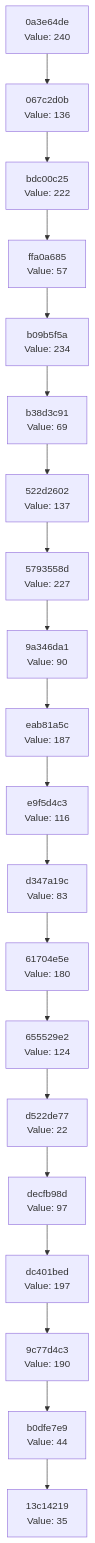
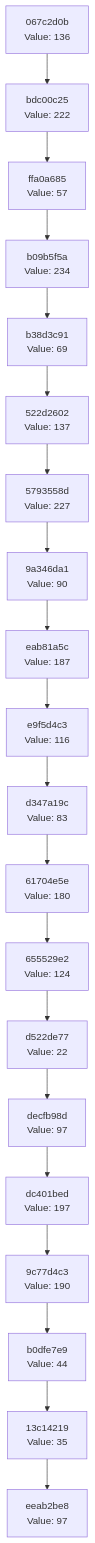
The diagram in docs/CHAIN_VISUALIZATION.md (Abhisheksinha1506/hash-chain-evolver), drawn with Mermaid before and after one commit. The commit also changed 2 other files, not shown here.

Commit message:
Evolution Step

````diff
--- a/docs/CHAIN_VISUALIZATION.md
+++ b/docs/CHAIN_VISUALIZATION.md
@@ -3,42 +3,42 @@
 ```mermaid
 graph TD
-    C0["13c14219<br/>Value: 35"]
-    C1["b0dfe7e9<br/>Value: 44"]
+    C0["eeab2be8<br/>Value: 97"]
+    C1["13c14219<br/>Value: 35"]
     C1 --> C0
-    C2["9c77d4c3<br/>Value: 190"]
+    C2["b0dfe7e9<br/>Value: 44"]
     C2 --> C1
-    C3["dc401bed<br/>Value: 197"]
+    C3["9c77d4c3<br/>Value: 190"]
     C3 --> C2
-    C4["decfb98d<br/>Value: 97"]
+    C4["dc401bed<br/>Value: 197"]
     C4 --> C3
-    C5["d522de77<br/>Value: 22"]
+    C5["decfb98d<br/>Value: 97"]
     C5 --> C4
-    C6["655529e2<br/>Value: 124"]
+    C6["d522de77<br/>Value: 22"]
     C6 --> C5
-    C7["61704e5e<br/>Value: 180"]
+    C7["655529e2<br/>Value: 124"]
     C7 --> C6
-    C8["d347a19c<br/>Value: 83"]
+    C8["61704e5e<br/>Value: 180"]
     C8 --> C7
-    C9["e9f5d4c3<br/>Value: 116"]
+    C9["d347a19c<br/>Value: 83"]
     C9 --> C8
-    C10["eab81a5c<br/>Value: 187"]
+    C10["e9f5d4c3<br/>Value: 116"]
     C10 --> C9
-    C11["9a346da1<br/>Value: 90"]
+    C11["eab81a5c<br/>Value: 187"]
     C11 --> C10
-    C12["5793558d<br/>Value: 227"]
+    C12["9a346da1<br/>Value: 90"]
     C12 --> C11
-    C13["522d2602<br/>Value: 137"]
+    C13["5793558d<br/>Value: 227"]
     C13 --> C12
-    C14["b38d3c91<br/>Value: 69"]
+    C14["522d2602<br/>Value: 137"]
     C14 --> C13
-    C15["b09b5f5a<br/>Value: 234"]
+    C15["b38d3c91<br/>Value: 69"]
     C15 --> C14
-    C16["ffa0a685<br/>Value: 57"]
+    C16["b09b5f5a<br/>Value: 234"]
     C16 --> C15
-    C17["bdc00c25<br/>Value: 222"]
+    C17["ffa0a685<br/>Value: 57"]
     C17 --> C16
-    C18["067c2d0b<br/>Value: 136"]
+    C18["bdc00c25<br/>Value: 222"]
     C18 --> C17
-    C19["0a3e64de<br/>Value: 240"]
+    C19["067c2d0b<br/>Value: 136"]
     C19 --> C18
 ```
````
